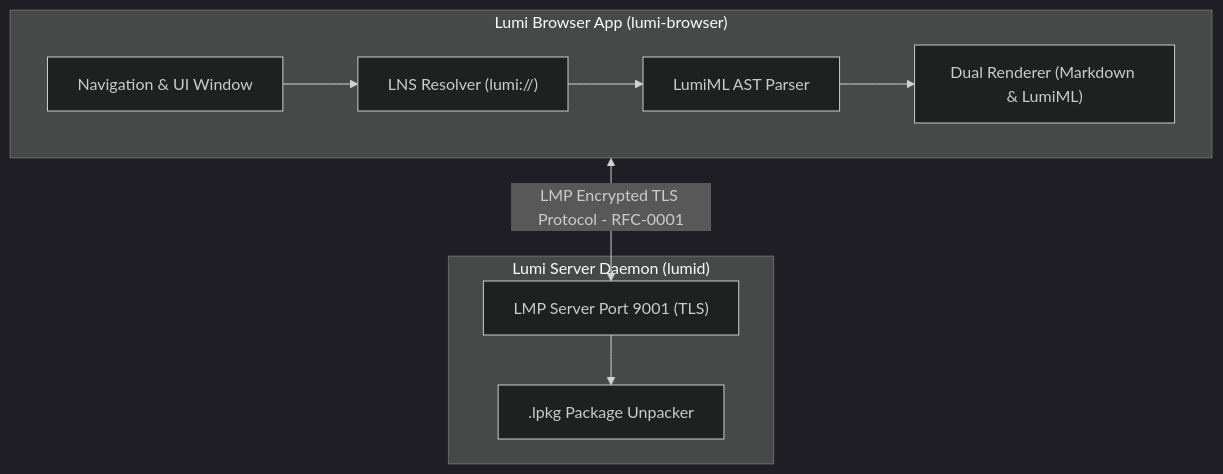
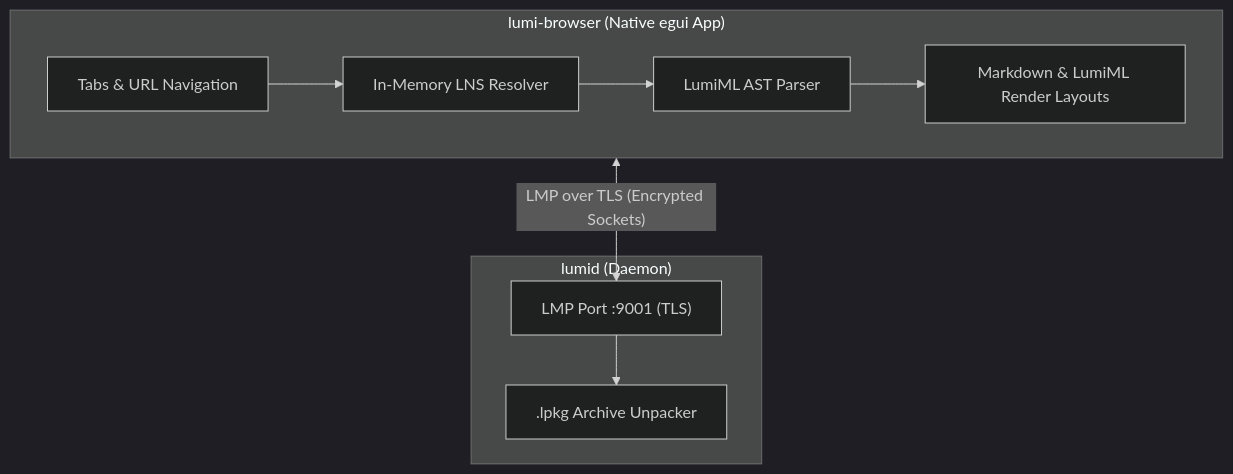
The diagram in README.md (sxwik/Lumi), drawn with Mermaid (dark theme) before and after one commit. The commit also changed other lines of this file and 3 other files, not shown here.

````diff
--- a/README.md
+++ b/README.md
@@ -59,20 +48,18 @@
 ```mermaid
 flowchart TD
-    subgraph Browser ["Lumi Browser App (lumi-browser)"]
-        UI["Navigation & UI Window"]
-        LNS["LNS Resolver (lumi://)"]
+    subgraph Browser ["lumi-browser (Native egui App)"]
+        UI["Tabs & URL Navigation"]
+        LNS["In-Memory LNS Resolver"]
         Parser["LumiML AST Parser"]
-        Renderer["Dual Renderer (Markdown & LumiML)"]
-        UI --> LNS
-        LNS --> Parser
-        Parser --> Renderer
+        Renderer["Markdown & LumiML Render Layouts"]
+        UI --> LNS --> Parser --> Renderer
     end
 
-    subgraph Server ["Lumi Server Daemon (lumid)"]
-        Packaging[".lpkg Package Unpacker"]
-        Daemon["LMP Server Port 9001 (TLS)"]
+    subgraph Server ["lumid (Daemon)"]
+        Daemon["LMP Port :9001 (TLS)"]
+        Pkg[".lpkg Archive Unpacker"]
+        Daemon --> Pkg
     end
 
-    Browser <-->|LMP Encrypted TLS Protocol - RFC-0001| Daemon
-    Daemon --> Packaging
+    Browser <-->|"LMP over TLS (Encrypted Sockets)"| Daemon
 ```
````
